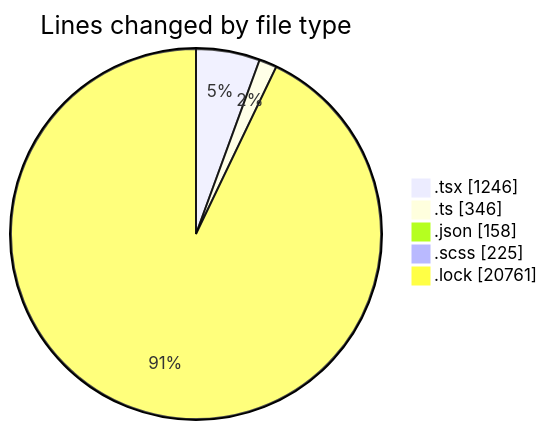
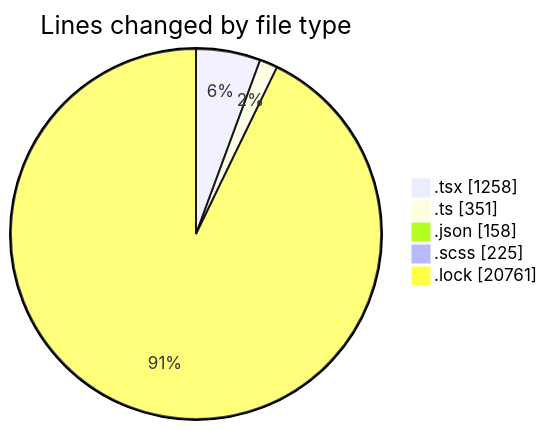
One commit to momahboobian/code-tracking changed the first of 2 diagrams in 2025-04-29/cda/README.md. Above: the diagram before and after it, drawn with Mermaid. The commit also changed other lines of this file and 1 other file, not shown here.

````diff
--- a/2025-04-29/cda/README.md
+++ b/2025-04-29/cda/README.md
@@ -39,9 +39,9 @@
 ```mermaid
 pie showData
 title Lines changed by file type
-".tsx" : 1246
-".ts" : 346
+".tsx" : 1258
+".ts" : 351
 ".json" : 158
 ".scss" : 225
 ".lock" : 20761
 ```
````
